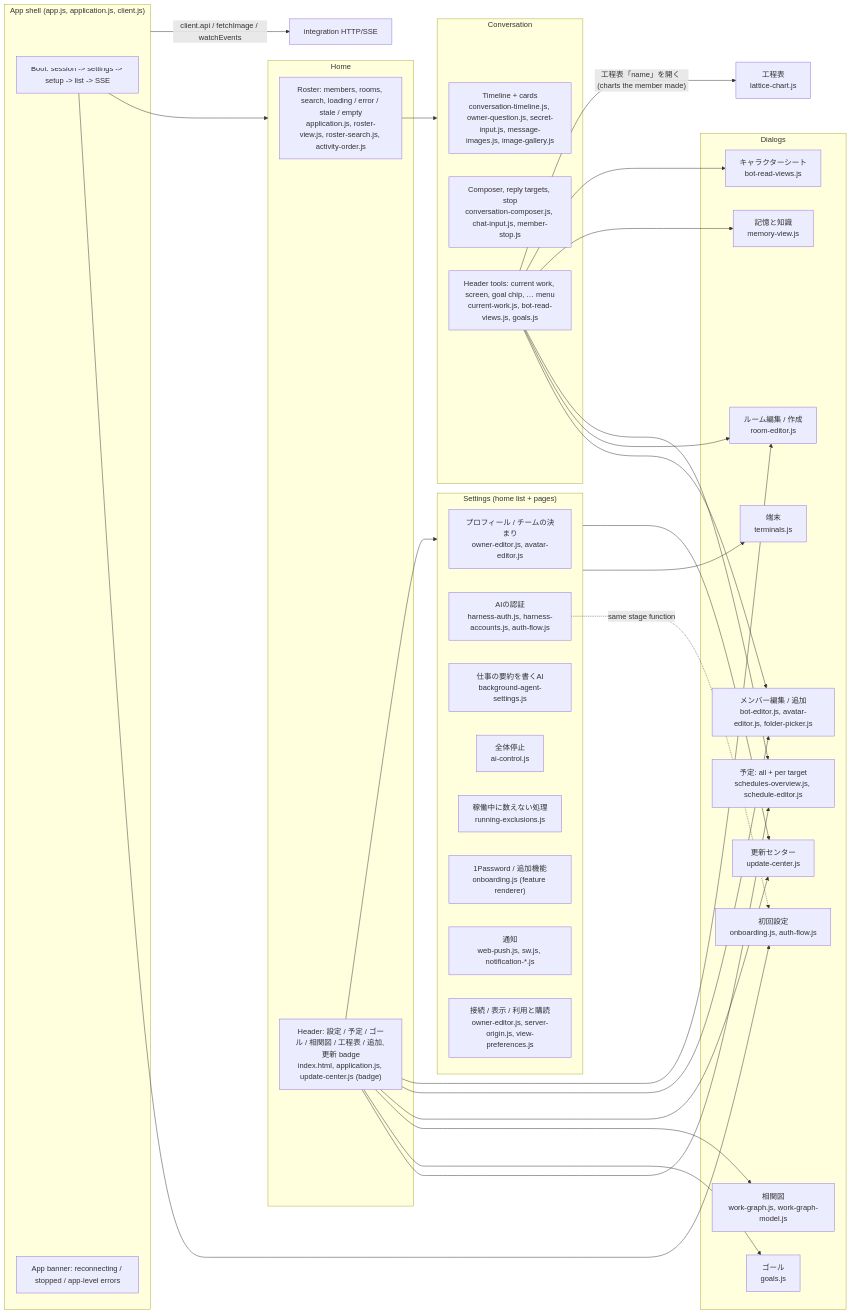
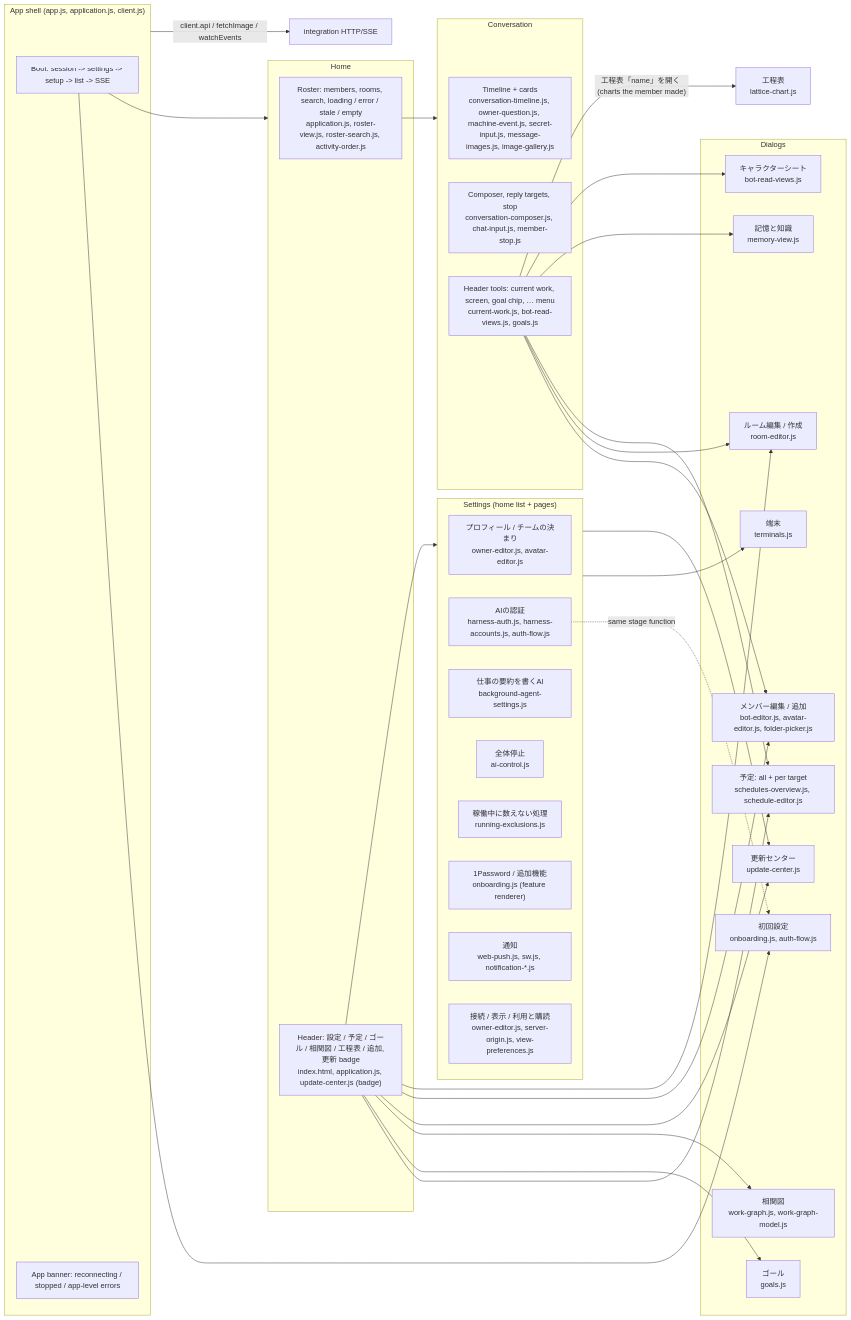
The diagram in docs/architecture/modules/web/user-functions.md (kitepon/BellTeam), drawn with Mermaid before and after one commit. The commit also changed other lines of this file and 6 other files, not shown here.

Commit message:
a471-askuser-web: question and approval cards for a machine seat in the chat

````diff
--- a/docs/architecture/modules/web/user-functions.md
+++ b/docs/architecture/modules/web/user-functions.md
@@ -5,58 +5,58 @@
 ```mermaid
 flowchart LR
   subgraph Shell["App shell (app.js, application.js, client.js)"]
     Boot["Boot: session -> settings -> setup -> list -> SSE"]
     Banner["App banner: reconnecting / stopped / app-level errors"]
   end
   subgraph Home["Home"]
     Roster["Roster: members, rooms, search, loading / error / stale / empty<br/>application.js, roster-view.js, roster-search.js, activity-order.js"]
     Header["Header: 設定 / 予定 / ゴール / 相関図 / 工程表 / 追加, 更新 badge<br/>index.html, application.js, update-center.js (badge)"]
   end
   subgraph Chat["Conversation"]
-    Timeline["Timeline + cards<br/>conversation-timeline.js, owner-question.js, secret-input.js, message-images.js, image-gallery.js"]
+    Timeline["Timeline + cards<br/>conversation-timeline.js, owner-question.js, machine-event.js, secret-input.js, message-images.js, image-gallery.js"]
     Composer["Composer, reply targets, stop<br/>conversation-composer.js, chat-input.js, member-stop.js"]
     ChatTools["Header tools: current work, screen, goal chip, … menu<br/>current-work.js, bot-read-views.js, goals.js"]
   end
   subgraph Settings["Settings (home list + pages)"]
     SProfile["プロフィール / チームの決まり<br/>owner-editor.js, avatar-editor.js"]
     SAI["AIの認証<br/>harness-auth.js, harness-accounts.js, auth-flow.js"]
     SSum["仕事の要約を書くAI<br/>background-agent-settings.js"]
     SStop["全体停止<br/>ai-control.js"]
     SExcl["稼働中に数えない処理<br/>running-exclusions.js"]
     SFeat["1Password / 追加機能<br/>onboarding.js (feature renderer)"]
     SNotif["通知<br/>web-push.js, sw.js, notification-*.js"]
     SConn["接続 / 表示 / 利用と購読<br/>owner-editor.js, server-origin.js, view-preferences.js"]
   end
   subgraph Dialogs["Dialogs"]
     Upd["更新センター<br/>update-center.js"]
     Sched["予定: all + per target<br/>schedules-overview.js, schedule-editor.js"]
     Goals["ゴール<br/>goals.js"]
     Graph["相関図<br/>work-graph.js, work-graph-model.js"]
     Member["メンバー編集 / 追加<br/>bot-editor.js, avatar-editor.js, folder-picker.js"]
     Room["ルーム編集 / 作成<br/>room-editor.js"]
     Memory["記憶と知識<br/>memory-view.js"]
     Sheet["キャラクターシート<br/>bot-read-views.js"]
     Term["端末<br/>terminals.js"]
     Onb["初回設定<br/>onboarding.js, auth-flow.js"]
   end
   Boot --> Home
   Boot --> Onb
   Header --> Settings
   Header --> Sched
   Header --> Goals
   Header --> Graph
   Header --> Upd
   Header --> Member
   Header --> Room
   Roster --> Chat
   ChatTools --> Member
   ChatTools --> Room
   ChatTools --> Sched
   ChatTools --> Memory
   ChatTools --> Sheet
   ChatTools -->|"工程表「name」を開く (charts the member made)"| Lattice["工程表<br/>lattice-chart.js"]
   SAI -.same stage function.-> Onb
   Settings --> Term
   Settings --> Upd
   Shell -->|"client.api / fetchImage / watchEvents"| HTTP["integration HTTP/SSE"]
 ```
````
